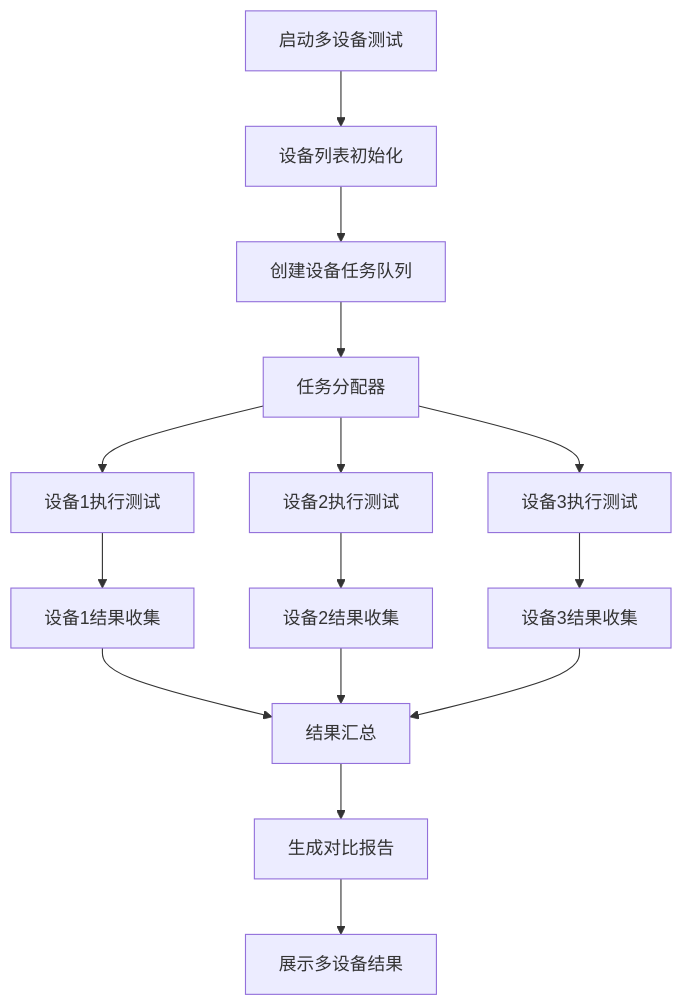
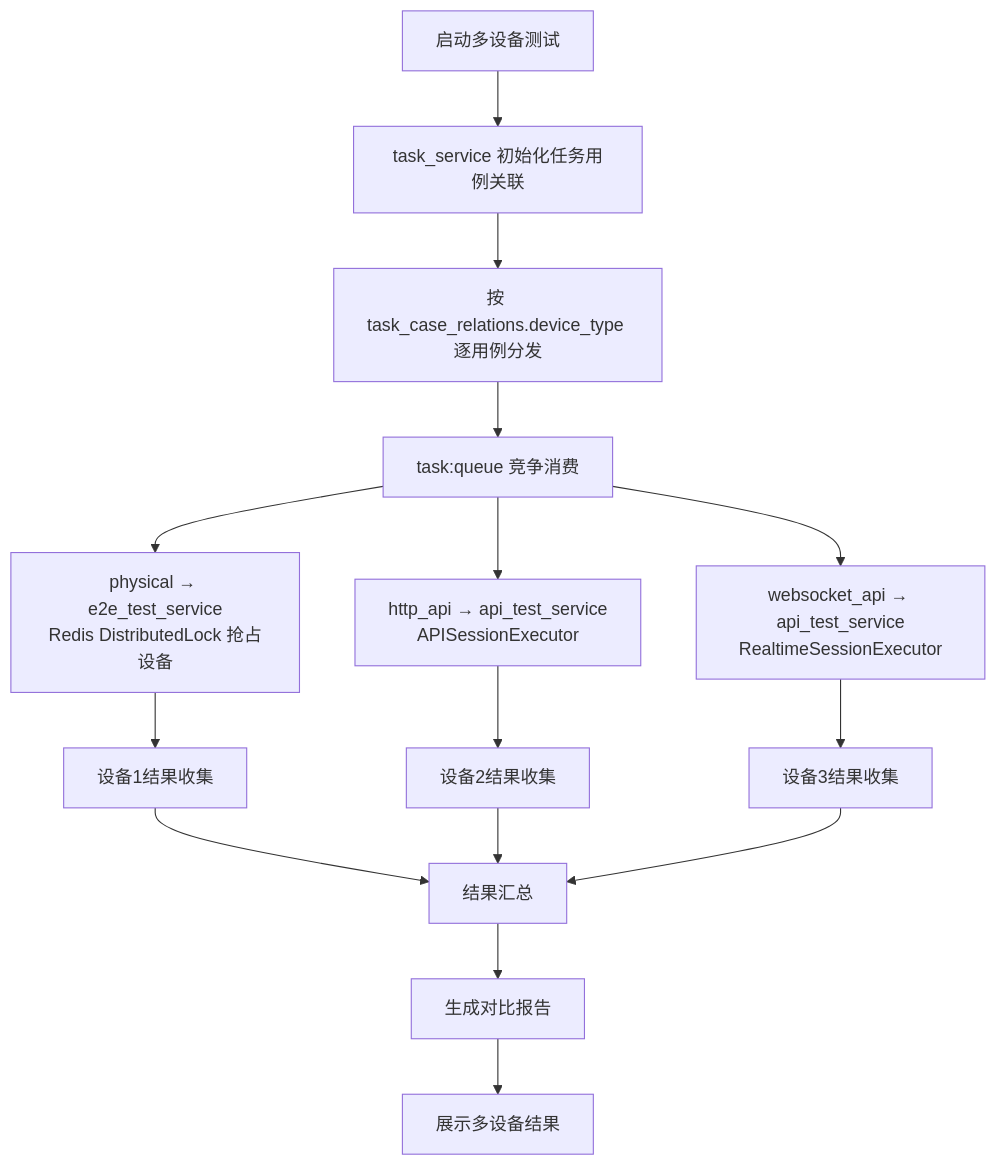
Before and after one commit to ydz-auto/intelligent_audio_test: the second of 3 diagrams in Intelligent-Audio-TEST/doc/功能设计文档/01_测试执行/端到端测试功能设计文档.md, drawn with Mermaid. The commit also changed other lines of this file and 268 other files, not shown here.

````diff
--- a/Intelligent-Audio-TEST/doc/功能设计文档/01_测试执行/端到端测试功能设计文档.md
+++ b/Intelligent-Audio-TEST/doc/功能设计文档/01_测试执行/端到端测试功能设计文档.md
@@ -225,17 +250,17 @@
 ```mermaid
 flowchart TD
-    A[启动多设备测试] --> B[设备列表初始化]
-    B --> C[创建设备任务队列]
-    C --> D[任务分配器]
-    D --> E1[设备1执行测试]
-    D --> E2[设备2执行测试]
-    D --> E3[设备3执行测试]
+    A[启动多设备测试] --> B[task_service 初始化任务用例关联]
+    B --> C[按 task_case_relations.device_type 逐用例分发]
+    C --> D[task:queue 竞争消费]
+    D --> E1[physical → e2e_test_service<br/>Redis DistributedLock 抢占设备]
+    D --> E2[http_api → api_test_service<br/>APISessionExecutor]
+    D --> E3[websocket_api → api_test_service<br/>RealtimeSessionExecutor]
     E1 --> F1[设备1结果收集]
     E2 --> F2[设备2结果收集]
     E3 --> F3[设备3结果收集]
     F1 --> G[结果汇总]
     F2 --> G
     F3 --> G
     G --> H[生成对比报告]
     H --> I[展示多设备结果]
 ```
````
